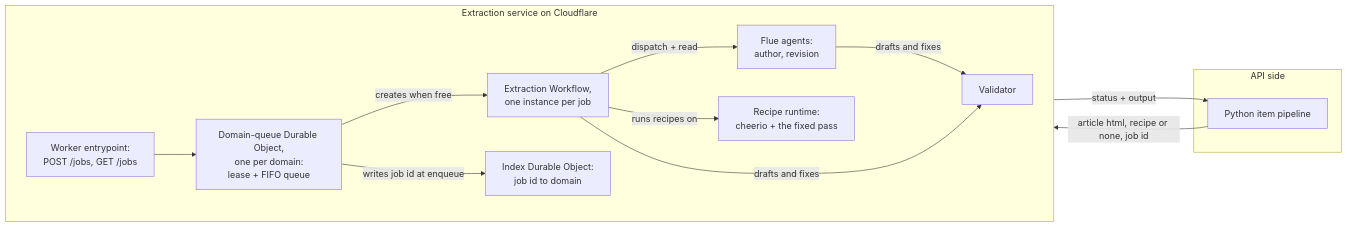
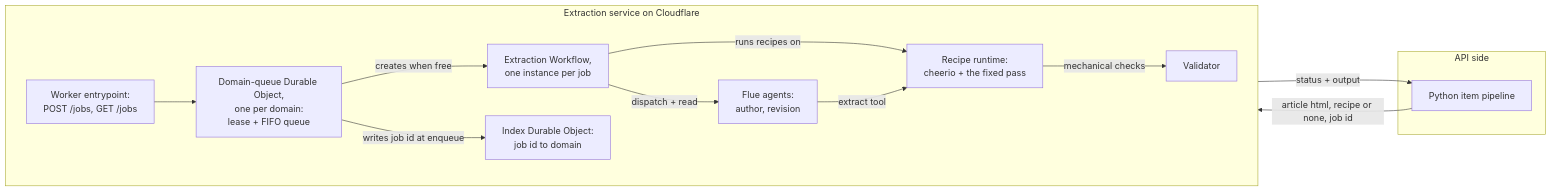
Before and after one commit to asermax/nagara: the first of 4 diagrams in docs/technical-design/extraction-service.md, drawn with Mermaid. The commit also changed other lines of this file and 5 other files, not shown here.

````diff
--- a/docs/technical-design/extraction-service.md
+++ b/docs/technical-design/extraction-service.md
@@ -15,19 +15,19 @@
 ```mermaid
 flowchart LR
   subgraph inputs [API side]
     api[Python item pipeline]
   end
   subgraph service [Extraction service on Cloudflare]
     direction LR
     entry["Worker entrypoint:<br/>POST /jobs, GET /jobs"] --> queue["Domain-queue Durable Object,<br/>one per domain:<br/>lease + FIFO queue"]
     queue -->|"creates when free"| wf["Extraction Workflow,<br/>one instance per job"]
     index["Index Durable Object:<br/>job id to domain"]
     queue -->|"writes job id at enqueue"| index
     wf -->|"dispatch + read"| agents["Flue agents:<br/>author, revision"]
     wf -->|"runs recipes on"| runtime["Recipe runtime:<br/>cheerio + the fixed pass"]
-    agents -->|"drafts and fixes"| validator[Validator]
-    wf -->|"drafts and fixes"| validator
+    agents -->|"extract tool"| runtime
+    runtime -->|"mechanical checks"| validator[Validator]
   end
   api -->|"article html, recipe or none, job id"| entry
   entry -->|"status + output"| api
 ```
````
